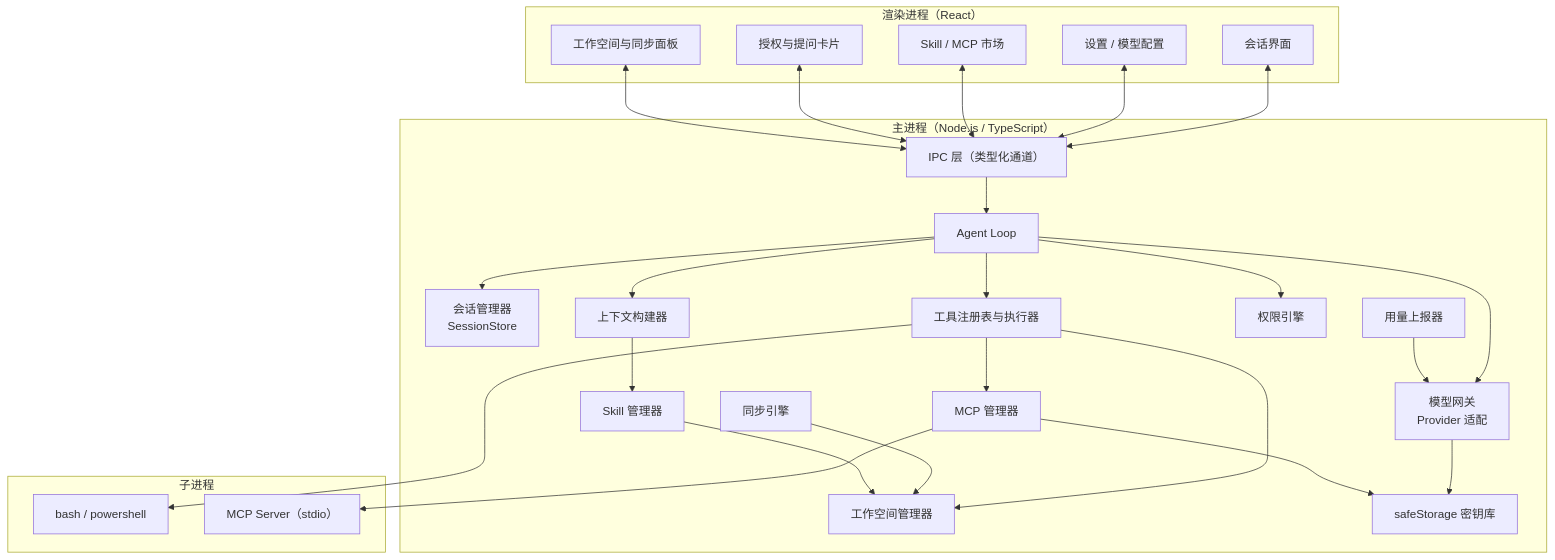
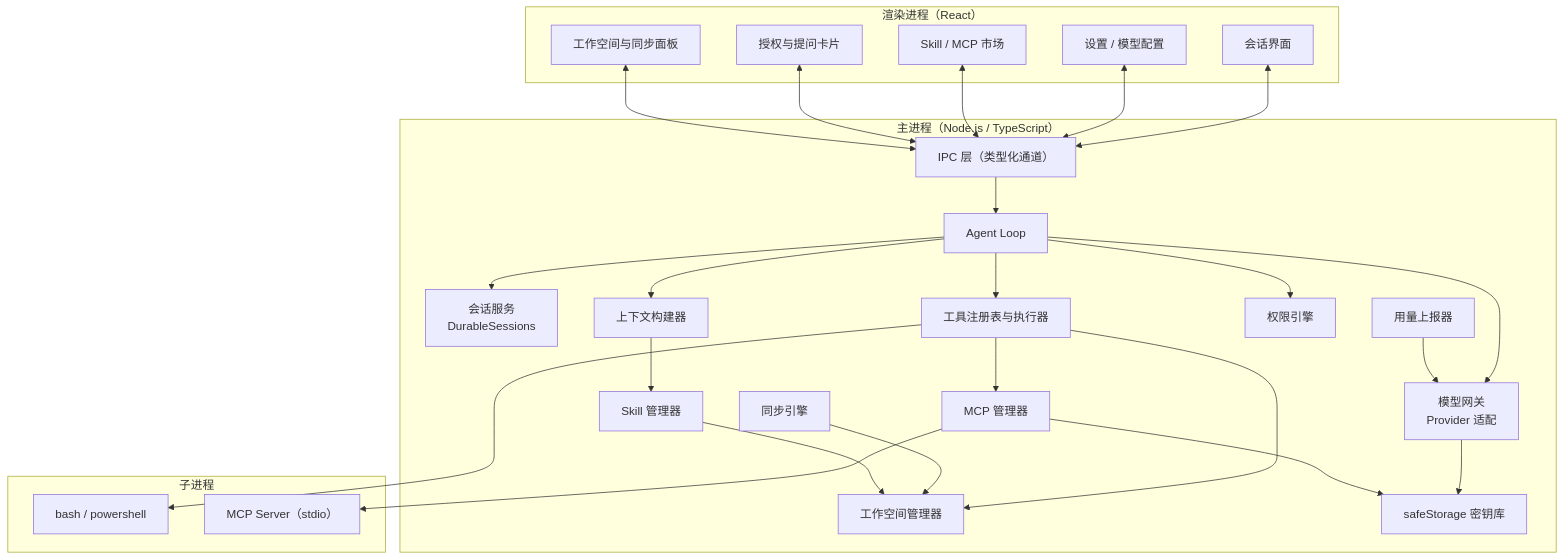
One commit to CQ-Developer/hu-agent changed the fourth of 13 diagrams in docs/design.md. Above: the diagram before and after it, drawn with Mermaid. The commit also changed other lines of this file and 33 other files, not shown here.

````diff
--- a/docs/design.md
+++ b/docs/design.md
@@ -302,53 +302,53 @@
 ```mermaid
 flowchart TB
   subgraph Renderer["渲染进程（React）"]
     ChatUI["会话界面"]
     SettingsUI["设置 / 模型配置"]
     MarketUI["Skill / MCP 市场"]
     ApproveUI["授权与提问卡片"]
     FsUI["工作空间与同步面板"]
   end
 
   subgraph Main["主进程（Node.js / TypeScript）"]
     IPC["IPC 层（类型化通道）"]
-    Session["会话管理器<br/>SessionStore"]
+    Session["会话服务<br/>DurableSessions"]
     Loop["Agent Loop"]
     Ctx["上下文构建器"]
     Gateway["模型网关<br/>Provider 适配"]
     Tools["工具注册表与执行器"]
     Perm["权限引擎"]
     WS["工作空间管理器"]
     SkillMgr["Skill 管理器"]
     McpMgr["MCP 管理器"]
     SyncEng["同步引擎"]
     Reporter["用量上报器"]
     KV["safeStorage 密钥库"]
   end
 
   subgraph Child["子进程"]
     Shell["bash / powershell"]
     MCPSrv["MCP Server（stdio）"]
   end
 
   ChatUI <--> IPC
   SettingsUI <--> IPC
   MarketUI <--> IPC
   ApproveUI <--> IPC
   FsUI <--> IPC
   IPC --> Loop
   Loop --> Session
   Loop --> Ctx
   Loop --> Gateway
   Loop --> Tools
   Loop --> Perm
   Ctx --> SkillMgr
   Tools --> WS
   Tools --> Shell
   McpMgr --> MCPSrv
   Tools --> McpMgr
   SyncEng --> WS
   Reporter --> Gateway
   SkillMgr --> WS
   Gateway --> KV
   McpMgr --> KV
 ```
````
